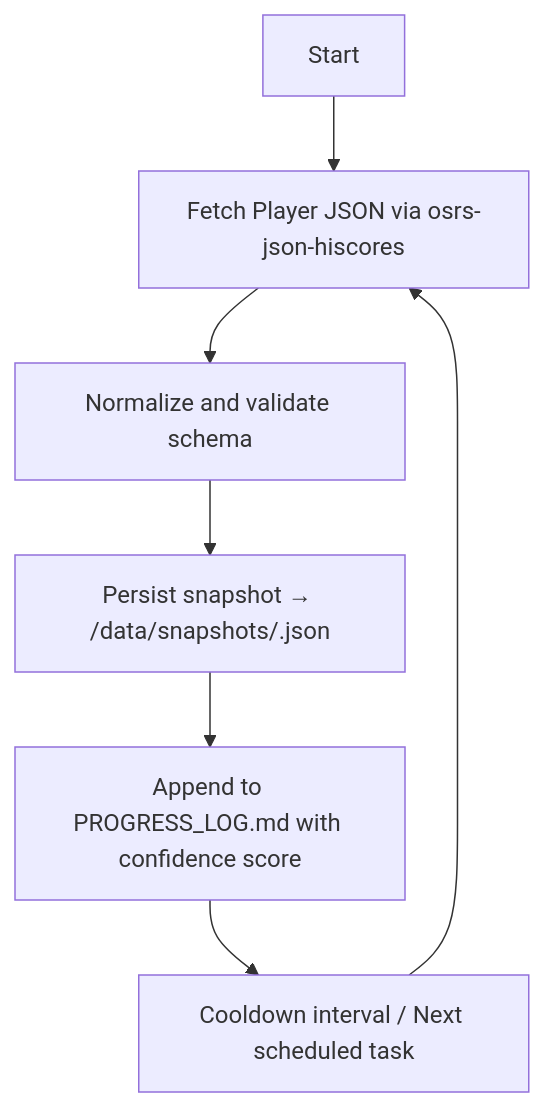
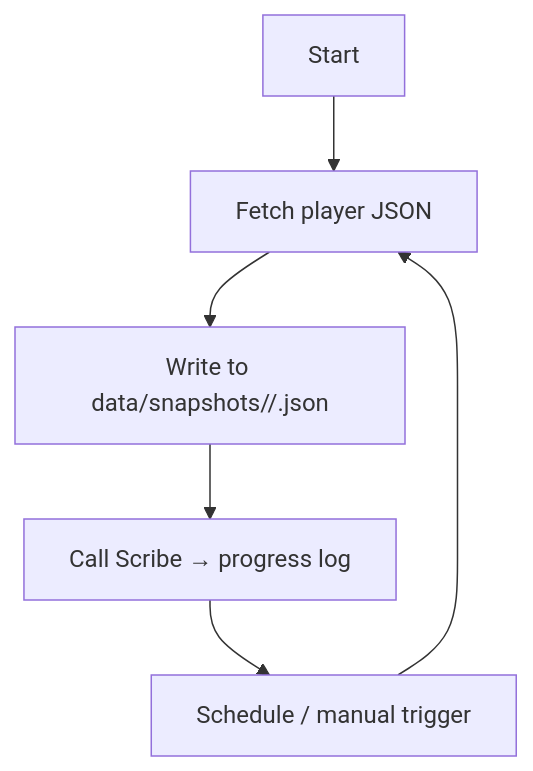
The diagram in AGENTS.md (paxocial/osrs_hiscore_pull), drawn with Mermaid before and after one commit. The commit also changed other lines of this file and 4 other files, not shown here.

Commit message:
Refactor AGENTS.md for clarity and update API references; add initial project configuration and progress log structure.

````diff
--- a/AGENTS.md
+++ b/AGENTS.md
@@ -55,9 +44,8 @@
 ```mermaid
 flowchart TD
-    Start --> Query[Fetch Player JSON via osrs-json-hiscores]
-    Query --> Normalize[Normalize and validate schema]
-    Normalize --> Store[Persist snapshot → /data/snapshots/<player>.json]
-    Store --> Log[Append to PROGRESS_LOG.md with confidence score]
-    Log --> Wait[Cooldown interval / Next scheduled task]
+    Start --> Query[Fetch player JSON]
+    Query --> Persist[Write to data/snapshots/<player>/<timestamp>.json]
+    Persist --> Log[Call Scribe → progress log]
+    Log --> Wait[Schedule / manual trigger]
     Wait --> Query
 ```
````
